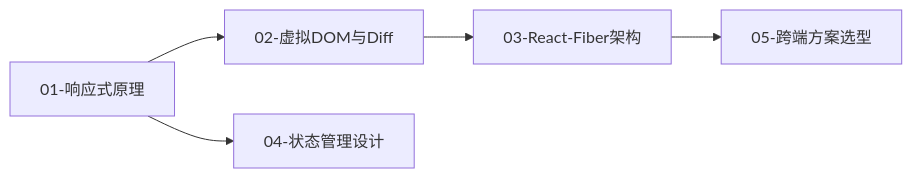
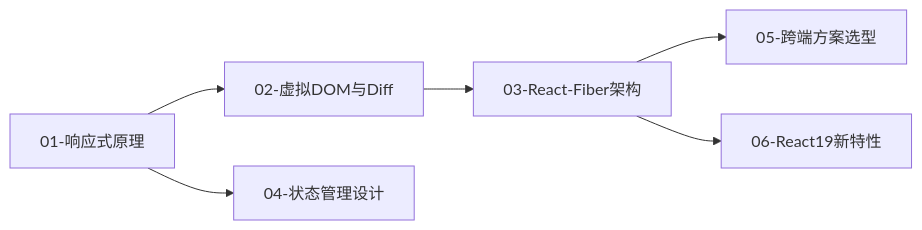
Before and after one commit to c-builder/study: the second of 2 diagrams in 02-框架与底层原理/00-本章导读.md, drawn with Mermaid. The commit also changed other lines of this file and 28 other files, not shown here.

````diff
--- a/02-框架与底层原理/00-本章导读.md
+++ b/02-框架与底层原理/00-本章导读.md
@@ -37,7 +41,8 @@
 ```mermaid
 flowchart LR
     A[01-响应式原理] --> B[02-虚拟DOM与Diff]
     B --> C[03-React-Fiber架构]
     A --> D[04-状态管理设计]
     C --> E[05-跨端方案选型]
+    C --> F[06-React19新特性]
 ```
````
